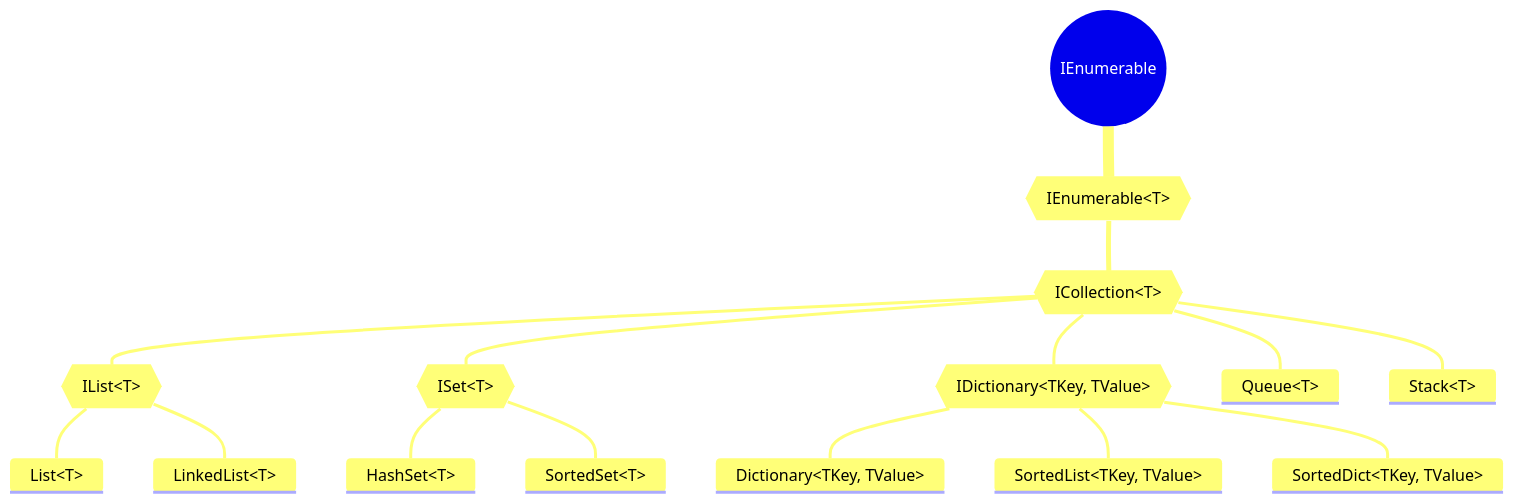
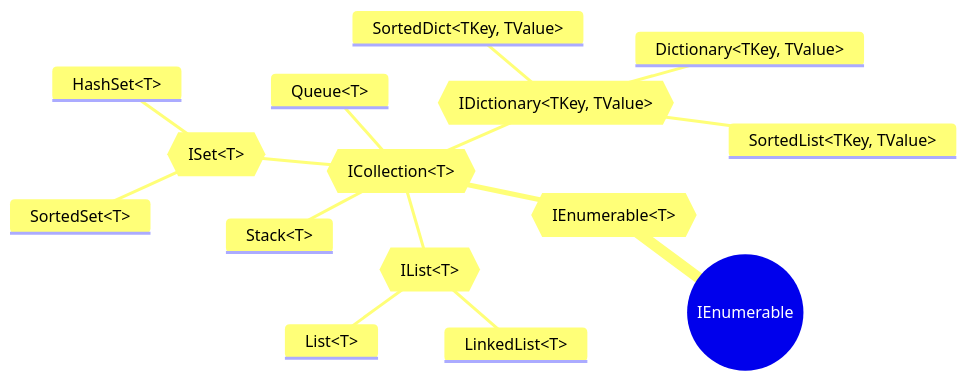
The diagram in content/_index.md (didattica-nm/heap-dsa), drawn with Mermaid before and after one commit. The commit also changed 1 other file, not shown here.

Commit message:
fixed CI/CD

````diff
--- a/content/_index.md
+++ b/content/_index.md
@@ -41,25 +42,19 @@
 ```mermaid
----
-config:
-  layout: dagre
-  theme: light
----
-
 mindmap
   root((IEnumerable))
     id{{IEnumerable&lt;T&gt;}}
       id{{ICollection&lt;T&gt;}}    
         id{{IList&lt;T&gt;}}
             List&lt;T&gt;
             LinkedList&lt;T&gt;
         id{{ISet&lt;T&gt;}}
             HashSet&lt;T&gt;
             SortedSet&lt;T&gt;
         id{{IDictionary&lt;TKey, TValue&gt;}}
             Dictionary&lt;TKey, TValue&gt;
             SortedList&lt;TKey, TValue&gt;
             SortedDict&lt;TKey, TValue&gt;
         Queue&lt;T&gt;
         Stack&lt;T&gt;
 
 ```
````
